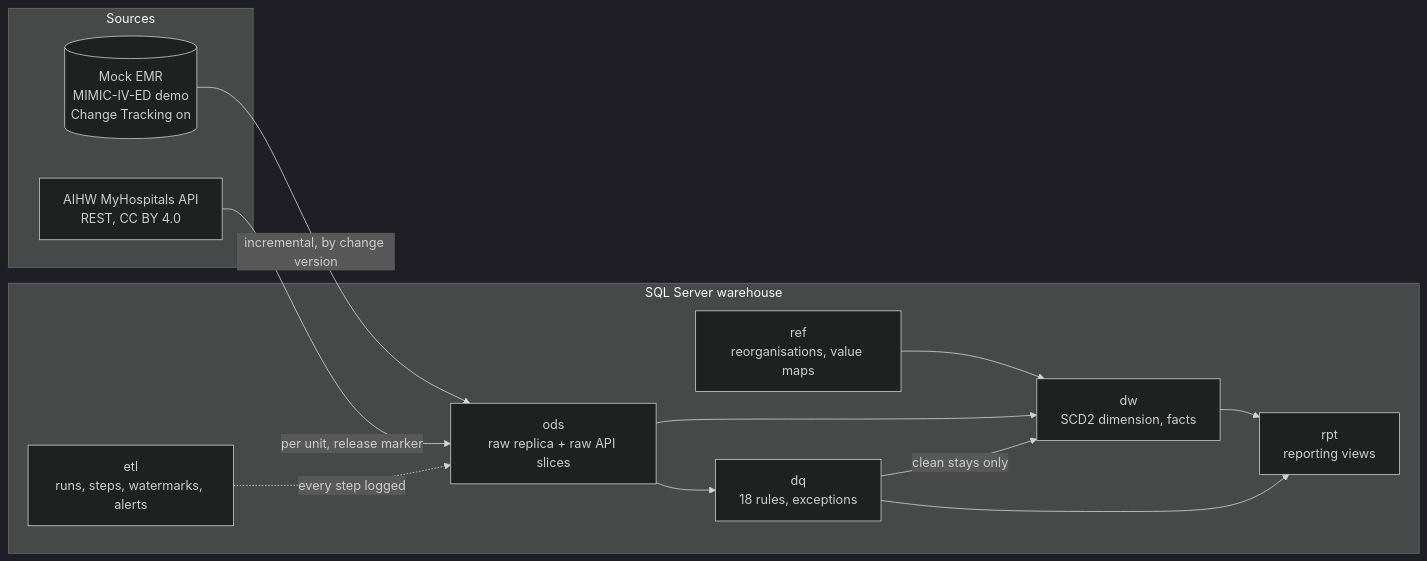
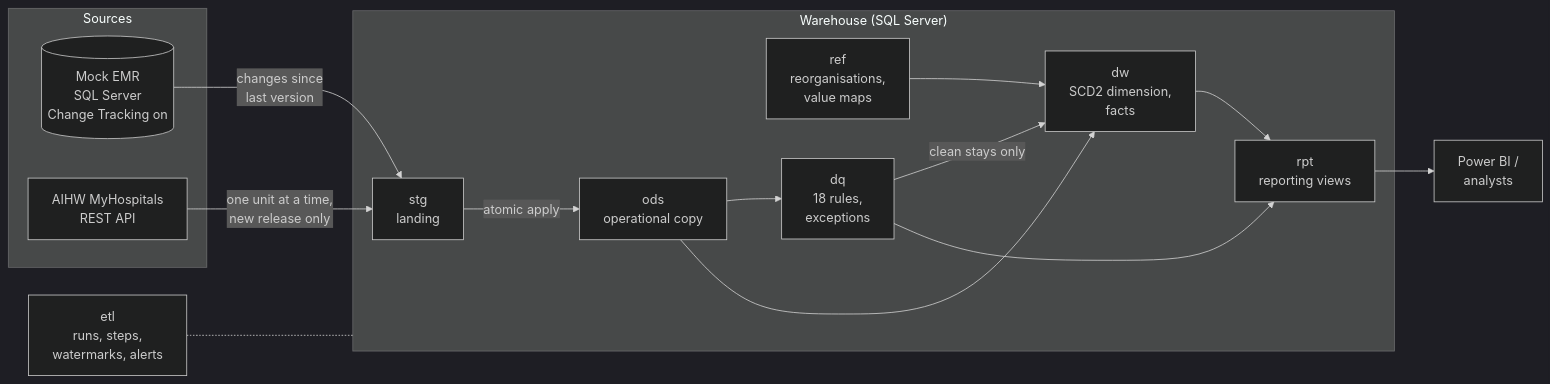
The diagram in README.md (anson4747/ed-data-integration-pipeline), drawn with Mermaid (dark theme) before and after one commit. The commit also changed other lines of this file and 5 other files, not shown here.

````diff
--- a/README.md
+++ b/README.md
@@ -26,26 +66,31 @@
 ```mermaid
 flowchart LR
-    subgraph Sources
-        EMR[("Mock EMR<br/>MIMIC-IV-ED demo<br/>Change Tracking on")]
-        API["AIHW MyHospitals API<br/>REST, CC BY 4.0"]
+    subgraph SRC["Sources"]
+        EMR[("Mock EMR<br/>SQL Server<br/>Change Tracking on")]
+        API["AIHW MyHospitals<br/>REST API"]
     end
 
-    subgraph Warehouse["SQL Server warehouse"]
-        ODS["ods<br/>raw replica + raw API slices"]
-        REF["ref<br/>reorganisations, value maps"]
-        DQ["dq<br/>18 rules, exceptions"]
-        DW["dw<br/>SCD2 dimension, facts"]
+    subgraph EDW["Warehouse (SQL Server)"]
+        STG["stg<br/>landing"]
+        ODS["ods<br/>operational copy"]
+        REF["ref<br/>reorganisations,<br/>value maps"]
+        DQ["dq<br/>18 rules,<br/>exceptions"]
+        DW["dw<br/>SCD2 dimension,<br/>facts"]
         RPT["rpt<br/>reporting views"]
-        ETL["etl<br/>runs, steps, watermarks, alerts"]
     end
 
-    EMR -->|"incremental, by change version"| ODS
-    API -->|"per unit, release marker"| ODS
+    ETL["etl<br/>runs, steps,<br/>watermarks, alerts"]
+    BI["Power BI /<br/>analysts"]
+
+    EMR -->|"changes since<br/>last version"| STG
+    API -->|"one unit at a time,<br/>new release only"| STG
+    STG -->|"atomic apply"| ODS
     ODS --> DQ
+    DQ -->|"clean stays only"| DW
     REF --> DW
     ODS --> DW
-    DQ -->|"clean stays only"| DW
     DW --> RPT
     DQ --> RPT
-    ETL -.->|"every step logged"| ODS
+    RPT --> BI
+    ETL -.- EDW
 ```
````
